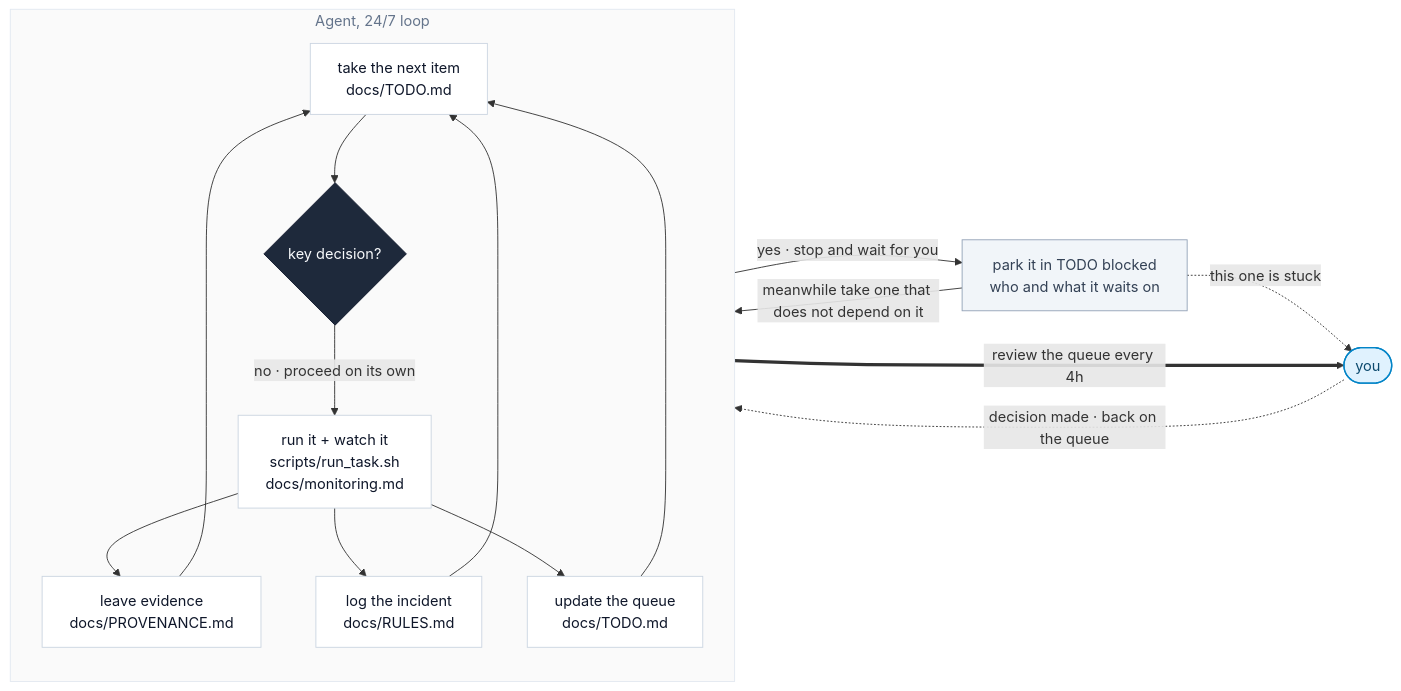
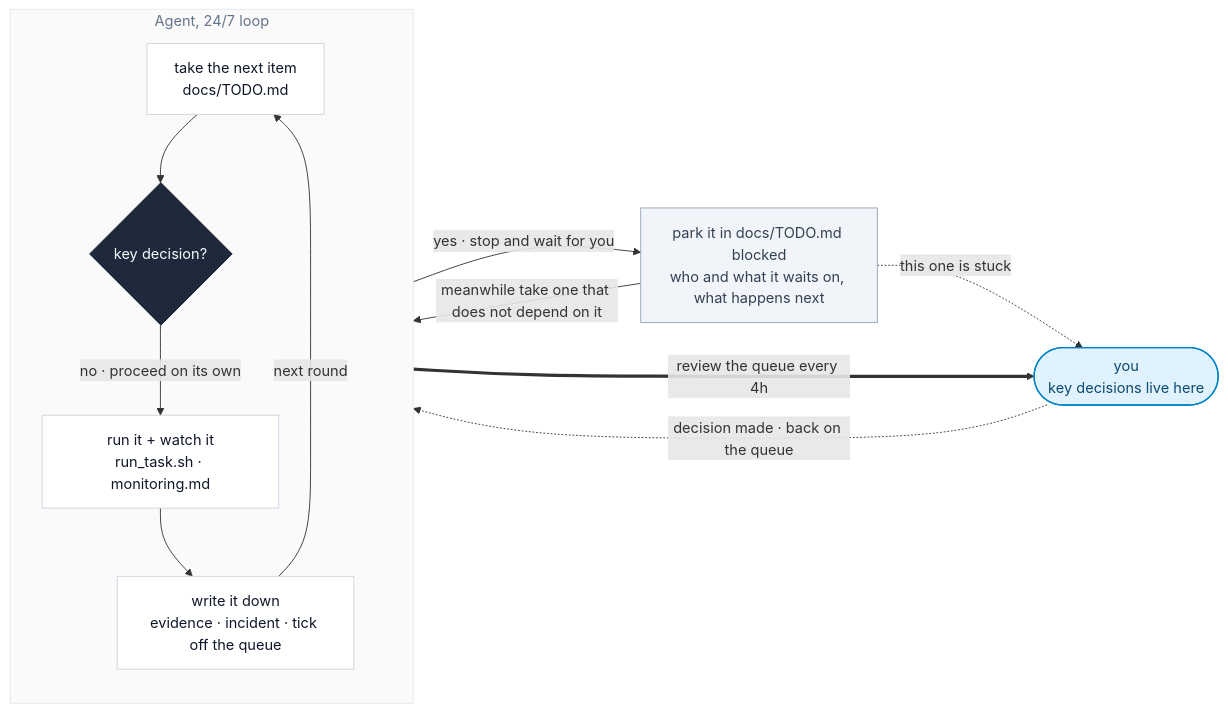
One commit to hashiruu/agent-experiment changed the diagram in README.en.md. Above: the diagram before and after it, drawn with Mermaid. The commit also changed 1 other file, not shown here.

Commit message:
Make the loop read as a loop, keep the human side close

````diff
--- a/README.en.md
+++ b/README.en.md
@@ -33,35 +33,29 @@
 ```mermaid
 flowchart LR
     subgraph LOOP["Agent, 24/7 loop"]
         direction TB
         T1["take the next item<br/>docs/TODO.md"]
         D{"key decision?"}
-        T2["run it + watch it<br/>scripts/run_task.sh<br/>docs/monitoring.md"]
-        PV["leave evidence<br/>docs/PROVENANCE.md"]
-        RL["log the incident<br/>docs/RULES.md"]
-        TD["update the queue<br/>docs/TODO.md"]
+        T2["run it + watch it<br/>run_task.sh · monitoring.md"]
+        T3["write it down<br/>evidence · incident · tick off the queue"]
         T1 --> D
         D -->|"no · proceed on its own"| T2
-        T2 --> PV
-        T2 --> RL
-        T2 --> TD
-        PV --> T1
-        RL --> T1
-        TD --> T1
+        T2 --> T3
+        T3 -->|"next round"| T1
     end
-    D -->|"yes · stop and wait for you"| W["park it in TODO blocked<br/>who and what it waits on"]
+    D -->|"yes · stop and wait for you"| W["park it in docs/TODO.md blocked<br/>who and what it waits on, what happens next"]
     W -->|"meanwhile take one that does not depend on it"| T1
     W -.->|"this one is stuck"| HU
-    HU(["you"]) -.->|"decision made · back on the queue"| T1
-    TD ==>|"review the queue every 4h"| HU
+    T3 ==>|"review the queue every 4h"| HU
+    HU(["you<br/>key decisions live here"]) -.->|"decision made · back on the queue"| T1
 
     classDef step fill:#FFFFFF,stroke:#CBD5E1,stroke-width:1px,color:#0F172A
     classDef gate fill:#1E293B,stroke:#0F172A,stroke-width:1px,color:#F8FAFC
     classDef side fill:#F1F5F9,stroke:#94A3B8,stroke-width:1px,color:#334155
     classDef human fill:#E0F2FE,stroke:#0284C7,stroke-width:1.5px,color:#0C4A6E
-    class T1,T2,PV,RL,TD step
+    class T1,T2,T3 step
     class D gate
     class W side
     class HU human
     style LOOP fill:#FAFAFA,stroke:#E2E8F0,color:#64748B
 ```
````
